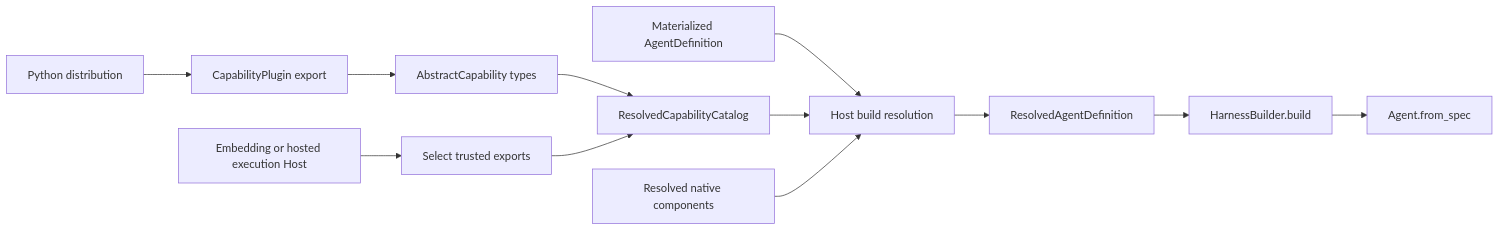
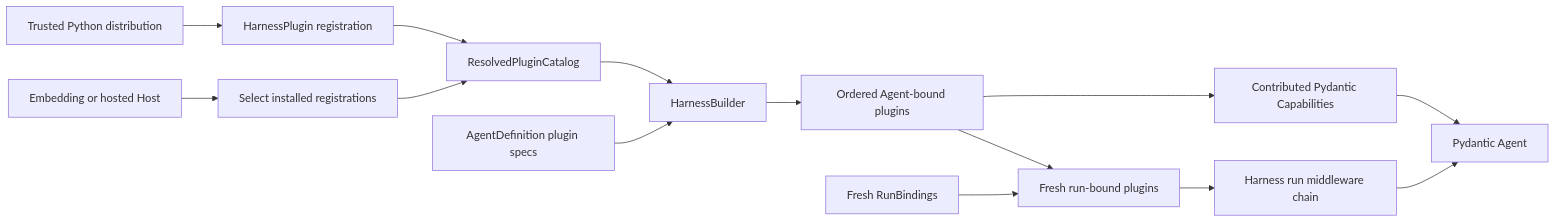
Before and after one commit to LTThreeComma/agent-foundation: the first of 2 diagrams in spec/agent-harness/05-plugin-system.md, drawn with Mermaid. The commit also changed other lines of this file and 21 other files, not shown here.

First line of the commit message:
feat(harness): define first-class plugin lifecycle

````diff
--- a/spec/agent-harness/05-plugin-system.md
+++ b/spec/agent-harness/05-plugin-system.md
@@ -7,14 +7,16 @@
 ```mermaid
 flowchart LR
-    Package[Python distribution] --> Export[CapabilityPlugin export]
-    Export --> Types[AbstractCapability types]
-    Host[Embedding or hosted execution Host] --> Select[Select trusted exports]
-    Types --> Catalog[ResolvedCapabilityCatalog]
+    Package[Trusted Python distribution] --> Export[HarnessPlugin registration]
+    Host[Embedding or hosted Host] --> Select[Select installed registrations]
+    Export --> Catalog[ResolvedPluginCatalog]
     Select --> Catalog
-    Definition[Materialized AgentDefinition] --> Resolve[Host build resolution]
-    Catalog --> Resolve
-    Native[Resolved native components] --> Resolve
-    Resolve --> Plan[ResolvedAgentDefinition]
-    Plan --> Build[HarnessBuilder.build]
-    Build --> PAI[Agent.from_spec]
+    Definition[AgentDefinition plugin specs] --> Build[HarnessBuilder]
+    Catalog --> Build
+    Build --> Plugins[Ordered Agent-bound plugins]
+    Plugins --> Caps[Contributed Pydantic Capabilities]
+    Caps --> Agent[Pydantic Agent]
+    Bindings[Fresh RunBindings] --> Bind[Fresh run-bound plugins]
+    Plugins --> Bind
+    Bind --> Chain[Harness run middleware chain]
+    Chain --> Agent
 ```
````
